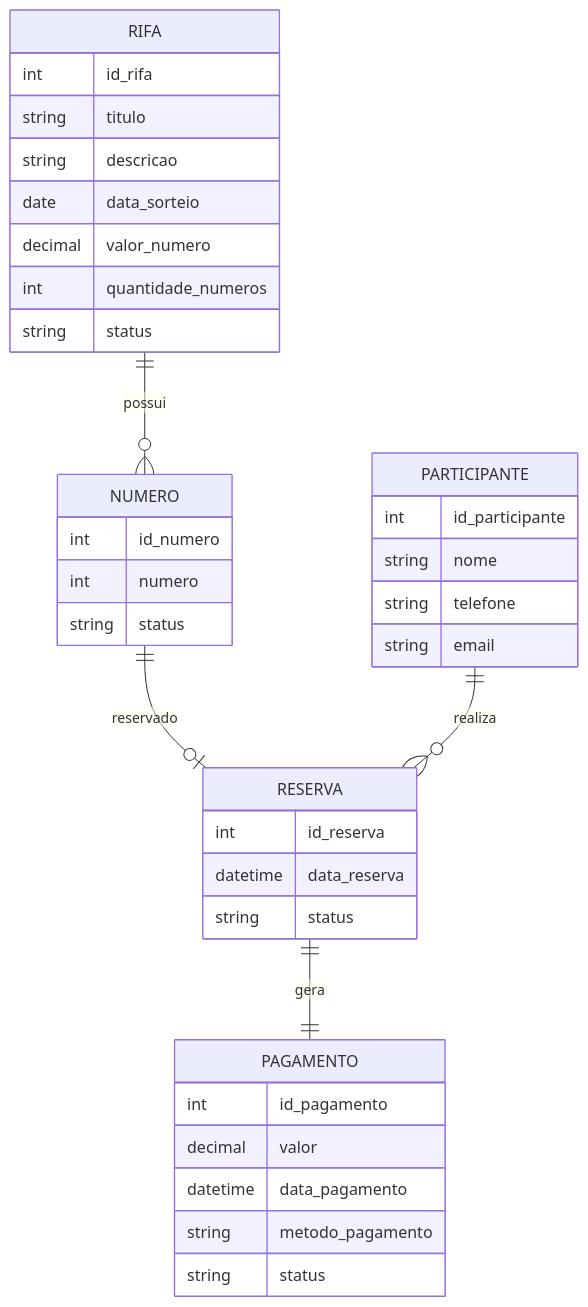
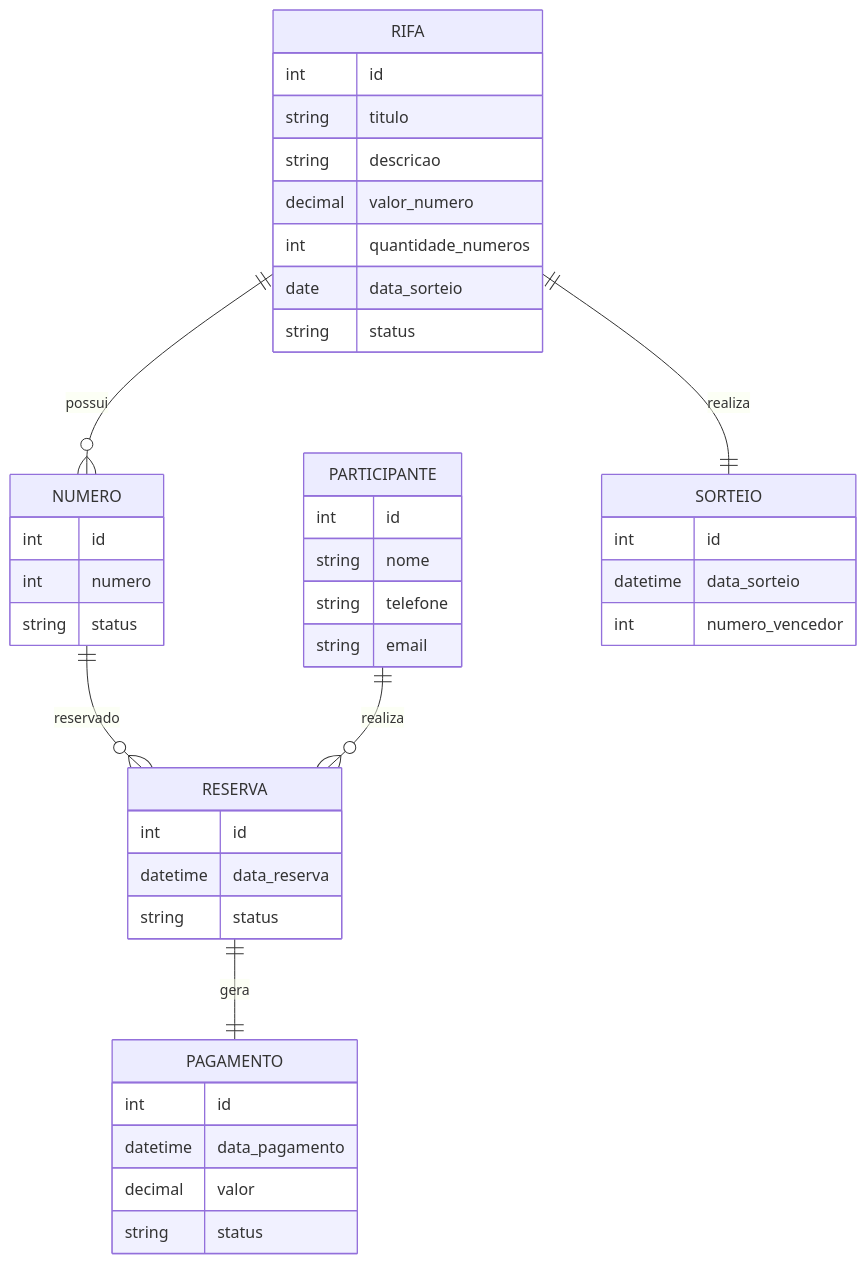
Before and after one commit to ivnavalenca/rifa-digital: the diagram in docs/architecture/data/conceptual/mer.md, drawn with Mermaid. The commit also changed other lines of this file, not shown here.

````diff
--- a/docs/architecture/data/conceptual/mer.md
+++ b/docs/architecture/data/conceptual/mer.md
@@ -131,45 +13,51 @@
-```mermaid
+``` mermaid
 erDiagram
 
-RIFA ||--o{ NUMERO : possui
-NUMERO ||--o| RESERVA : reservado
-PARTICIPANTE ||--o{ RESERVA : realiza
-RESERVA ||--|| PAGAMENTO : gera
-
 RIFA {
-  int id_rifa
-  string titulo
-  string descricao
-  date data_sorteio
-  decimal valor_numero
-  int quantidade_numeros
-  string status
+    int id
+    string titulo
+    string descricao
+    decimal valor_numero
+    int quantidade_numeros
+    date data_sorteio
+    string status
 }
 
 NUMERO {
-  int id_numero
-  int numero
-  string status
+    int id
+    int numero
+    string status
 }
 
 PARTICIPANTE {
-  int id_participante
-  string nome
-  string telefone
-  string email
+    int id
+    string nome
+    string telefone
+    string email
 }
 
 RESERVA {
-  int id_reserva
-  datetime data_reserva
-  string status
+    int id
+    datetime data_reserva
+    string status
 }
 
 PAGAMENTO {
-  int id_pagamento
-  decimal valor
-  datetime data_pagamento
-  string metodo_pagamento
-  string status
+    int id
+    datetime data_pagamento
+    decimal valor
+    string status
 }
+
+SORTEIO {
+    int id
+    datetime data_sorteio
+    int numero_vencedor
+}
+
+RIFA ||--o{ NUMERO : possui
+NUMERO ||--o{ RESERVA : reservado
+PARTICIPANTE ||--o{ RESERVA : realiza
+RESERVA ||--|| PAGAMENTO : gera
+RIFA ||--|| SORTEIO : realiza
 ```
````
